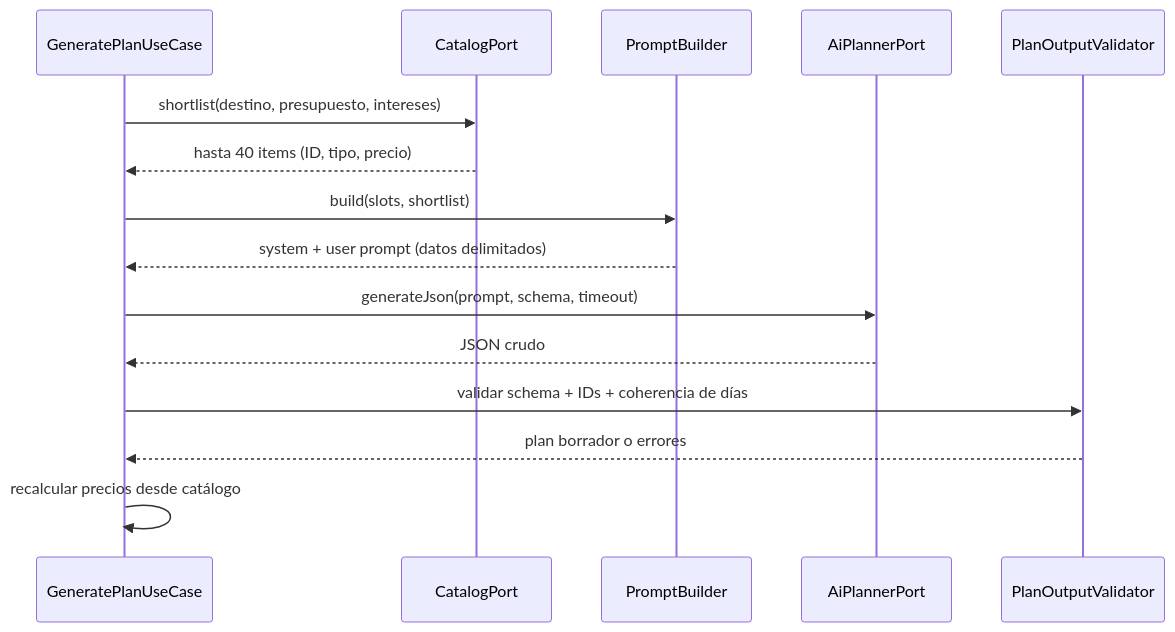
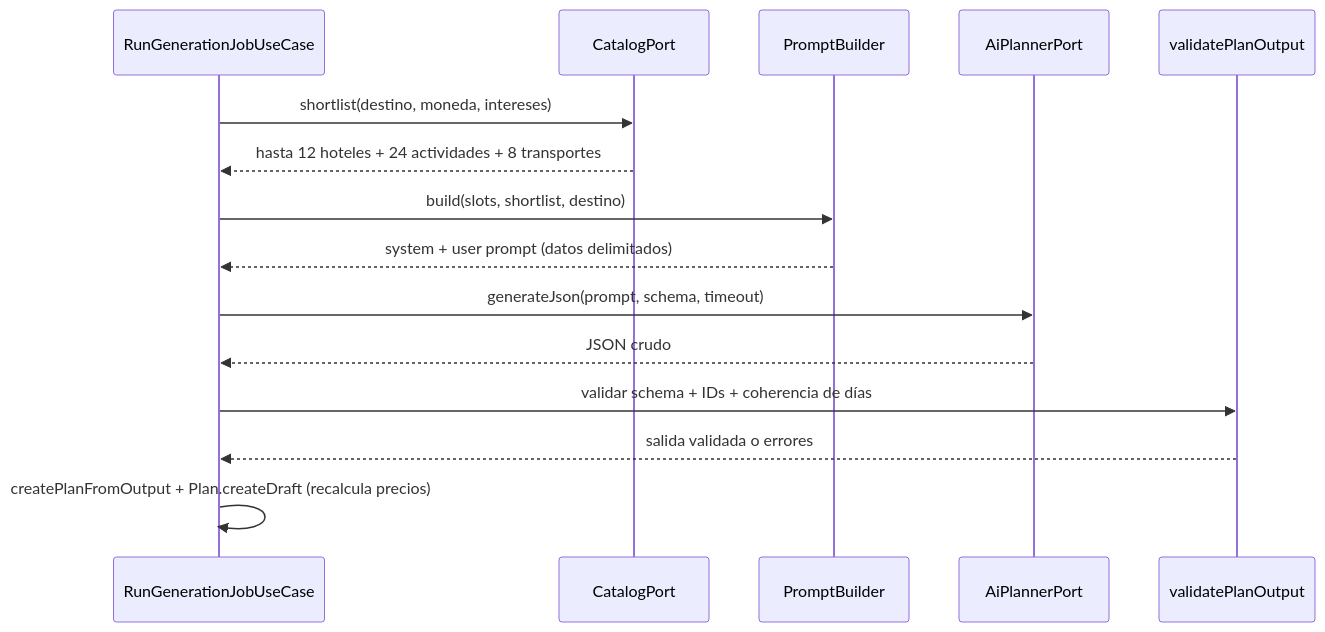
Before and after one commit to SamSof28/Trazo: the second of 2 diagrams in docs/ARCHITECTURE.md, drawn with Mermaid. The commit also changed other lines of this file and 61 other files, not shown here.

Commit message:
feat(planning): add AI generation, plan editing, publishing and reports

````diff
--- a/docs/ARCHITECTURE.md
+++ b/docs/ARCHITECTURE.md
@@ -107,17 +115,17 @@
 ```mermaid
 sequenceDiagram
-    participant UC as GeneratePlanUseCase
+    participant UC as RunGenerationJobUseCase
     participant CAT as CatalogPort
     participant PB as PromptBuilder
     participant AI as AiPlannerPort
-    participant VAL as PlanOutputValidator
-    UC->>CAT: shortlist(destino, presupuesto, intereses)
-    CAT-->>UC: hasta 40 items (ID, tipo, precio)
-    UC->>PB: build(slots, shortlist)
+    participant VAL as validatePlanOutput
+    UC->>CAT: shortlist(destino, moneda, intereses)
+    CAT-->>UC: hasta 12 hoteles + 24 actividades + 8 transportes
+    UC->>PB: build(slots, shortlist, destino)
     PB-->>UC: system + user prompt (datos delimitados)
     UC->>AI: generateJson(prompt, schema, timeout)
     AI-->>UC: JSON crudo
     UC->>VAL: validar schema + IDs + coherencia de días
-    VAL-->>UC: plan borrador o errores
-    UC->>UC: recalcular precios desde catálogo
+    VAL-->>UC: salida validada o errores
+    UC->>UC: createPlanFromOutput + Plan.createDraft (recalcula precios)
 ```
````
